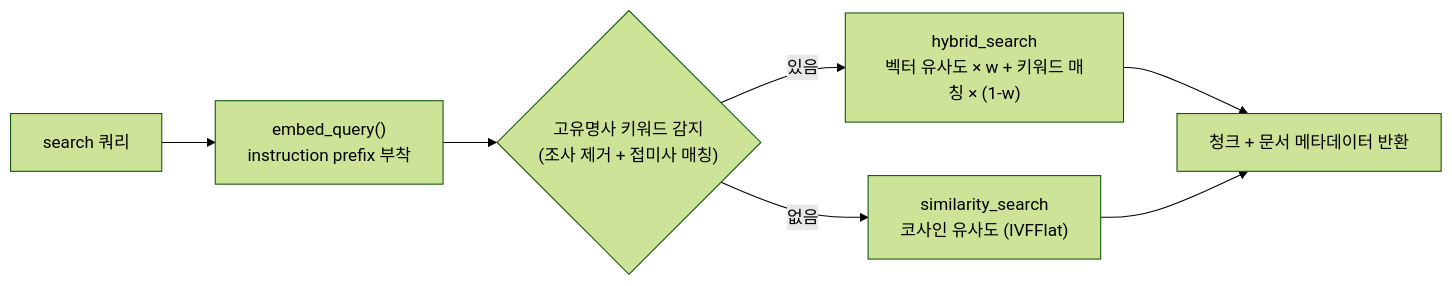
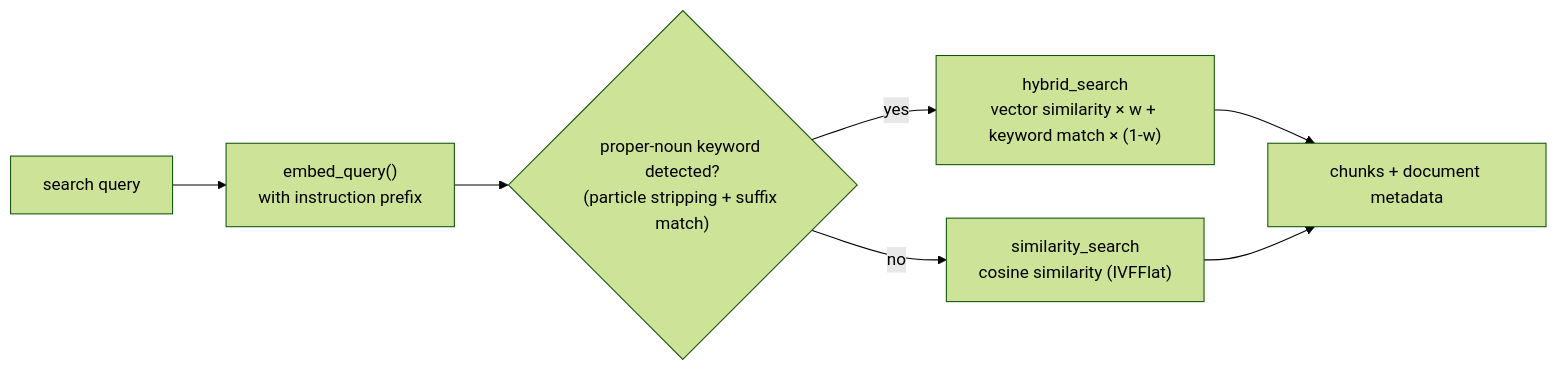
Before and after one commit to chaeminyoon/Doc-Vectorize-Pipeline: the second of 3 diagrams in README.md, drawn with Mermaid (forest theme). The commit also changed other lines of this file and 1 other file, not shown here.

````diff
--- a/README.md
+++ b/README.md
@@ -91,9 +115,9 @@
 ```mermaid
 flowchart LR
-    A["search 쿼리"] --> B["embed_query()<br/>instruction prefix 부착"]
-    B --> C{"고유명사 키워드 감지<br/>(조사 제거 + 접미사 매칭)"}
-    C -->|있음| D["hybrid_search<br/>벡터 유사도 × w + 키워드 매칭 × (1-w)"]
-    C -->|없음| E["similarity_search<br/>코사인 유사도 (IVFFlat)"]
-    D --> F["청크 + 문서 메타데이터 반환"]
+    A["search query"] --> B["embed_query()<br/>with instruction prefix"]
+    B --> C{"proper-noun keyword detected?<br/>(particle stripping + suffix match)"}
+    C -->|yes| D["hybrid_search<br/>vector similarity × w + keyword match × (1-w)"]
+    C -->|no| E["similarity_search<br/>cosine similarity (IVFFlat)"]
+    D --> F["chunks + document metadata"]
     E --> F
 ```
````
